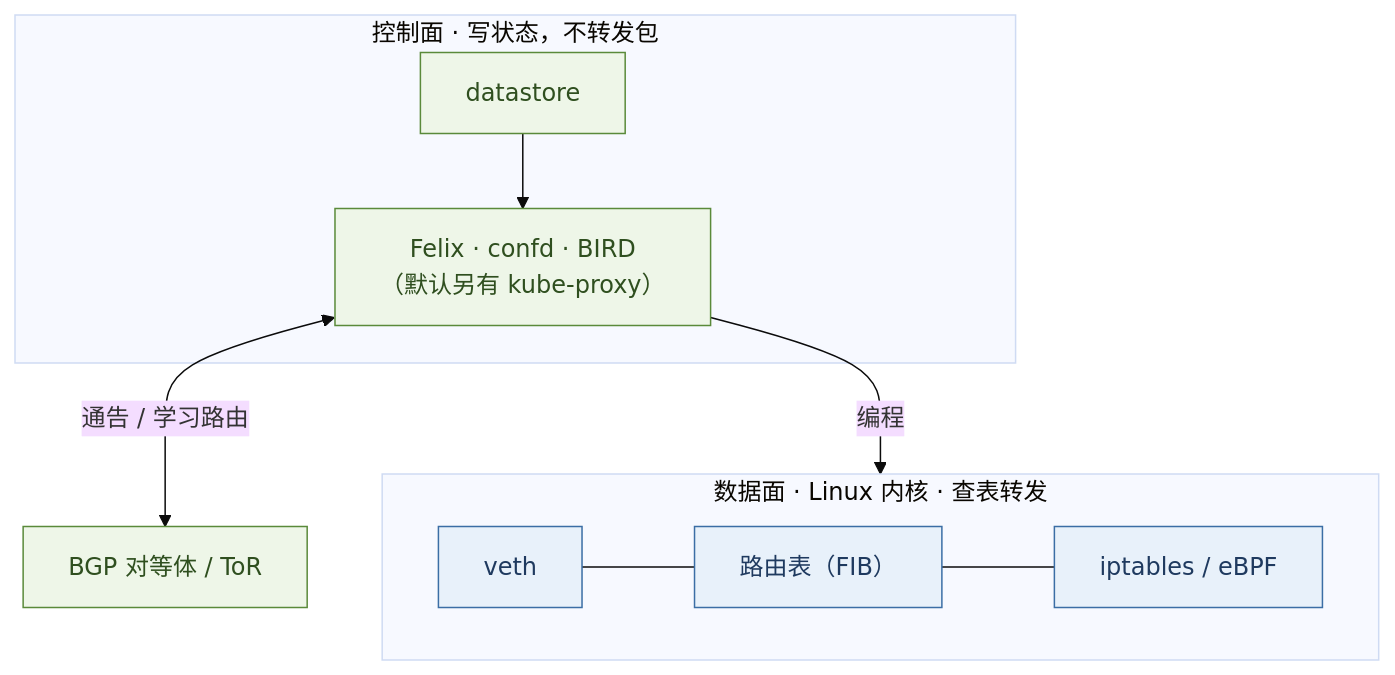
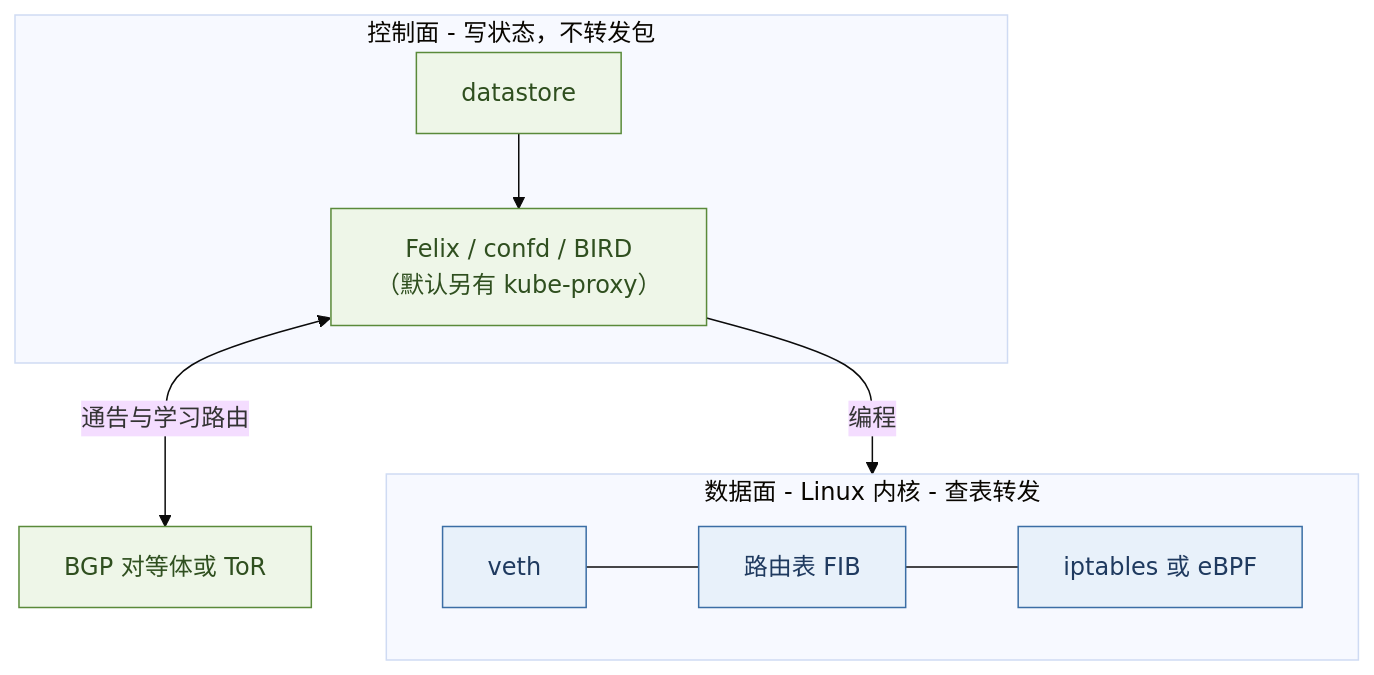
Before and after one commit to xiaxinyu/knowledge_base: the first of 8 diagrams in 20-architecture/24-calico-networking-treatise.md, drawn with Mermaid (base theme). The commit also changed other lines of this file and 2 other files, not shown here.

````diff
--- a/20-architecture/24-calico-networking-treatise.md
+++ b/20-architecture/24-calico-networking-treatise.md
@@ -32,23 +33,23 @@
 ```mermaid
 flowchart TB
   classDef cp fill:#eef6e8,stroke:#5a8a3a,color:#2f4f1f
   classDef dp fill:#e8f1fa,stroke:#3b6ea5,color:#1f3a5f
 
-  subgraph CP["控制面 · 写状态，不转发包"]
+  subgraph CP["控制面 - 写状态，不转发包"]
     DS["datastore"]:::cp
-    Agents["Felix · confd · BIRD<br/>（默认另有 kube-proxy）"]:::cp
+    Agents["Felix / confd / BIRD<br>（默认另有 kube-proxy）"]:::cp
     DS --> Agents
   end
 
-  subgraph DP["数据面 · Linux 内核 · 查表转发"]
+  subgraph DP["数据面 - Linux 内核 - 查表转发"]
     V["veth"]:::dp
-    F["路由表（FIB）"]:::dp
-    A["iptables / eBPF"]:::dp
+    F["路由表 FIB"]:::dp
+    A["iptables 或 eBPF"]:::dp
     V --- F
     F --- A
   end
 
   Agents -->|"编程"| DP
-  Peer["BGP 对等体 / ToR"]:::cp
-  Agents <-->|"通告 / 学习路由"| Peer
+  Peer["BGP 对等体或 ToR"]:::cp
+  Agents <-->|"通告与学习路由"| Peer
 ```
````
